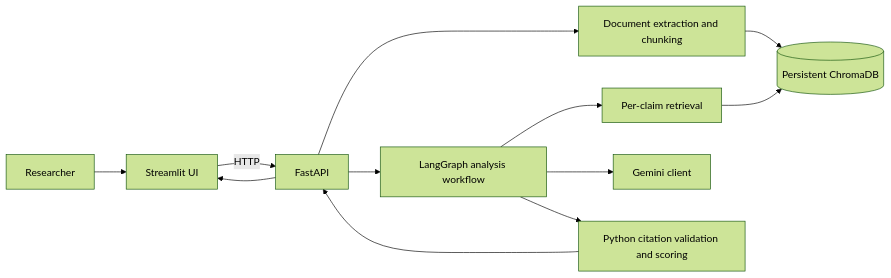
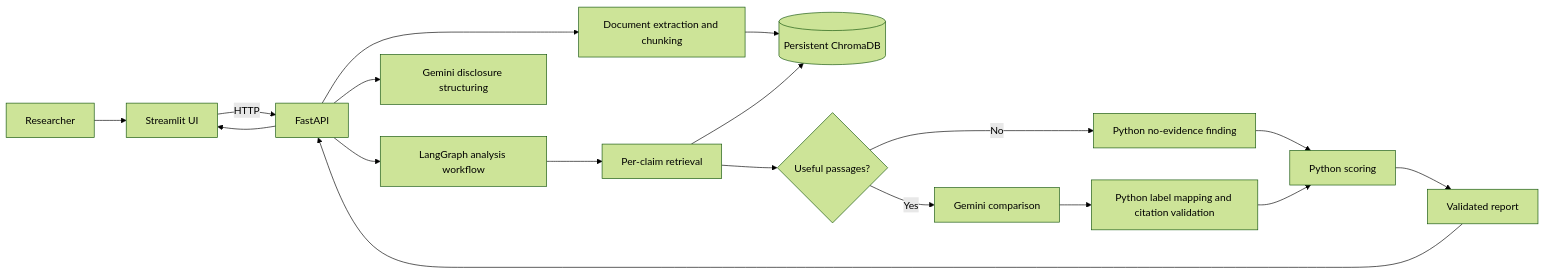
One commit to Narendra092003/ip-lens-prior-art-analysis changed the diagram in docs/03-ARCHITECTURE.md. Above: the diagram before and after it, drawn with Mermaid (forest theme). The commit also changed other lines of this file and 18 other files, not shown here.

````diff
--- a/docs/03-ARCHITECTURE.md
+++ b/docs/03-ARCHITECTURE.md
@@ -5,14 +5,20 @@
 ```mermaid
 flowchart LR
     U[Researcher] --> UI[Streamlit UI]
     UI -->|HTTP| API[FastAPI]
     API --> ING[Document extraction and chunking]
     ING --> VDB[(Persistent ChromaDB)]
     API --> GRAPH[LangGraph analysis workflow]
     GRAPH --> RET[Per-claim retrieval]
     RET --> VDB
-    GRAPH --> GEM[Gemini client]
-    GRAPH --> REP[Python citation validation and scoring]
-    REP --> API
+    RET --> ROUTE{Useful passages?}
+    ROUTE -->|Yes| GEM[Gemini comparison]
+    ROUTE -->|No| PY[Python no-evidence finding]
+    GEM --> REP[Python label mapping and citation validation]
+    PY --> SCORE[Python scoring]
+    REP --> SCORE
+    SCORE --> REPORT[Validated report]
+    API --> EXTRACT[Gemini disclosure structuring]
+    REPORT --> API
     API --> UI
 ```
````
